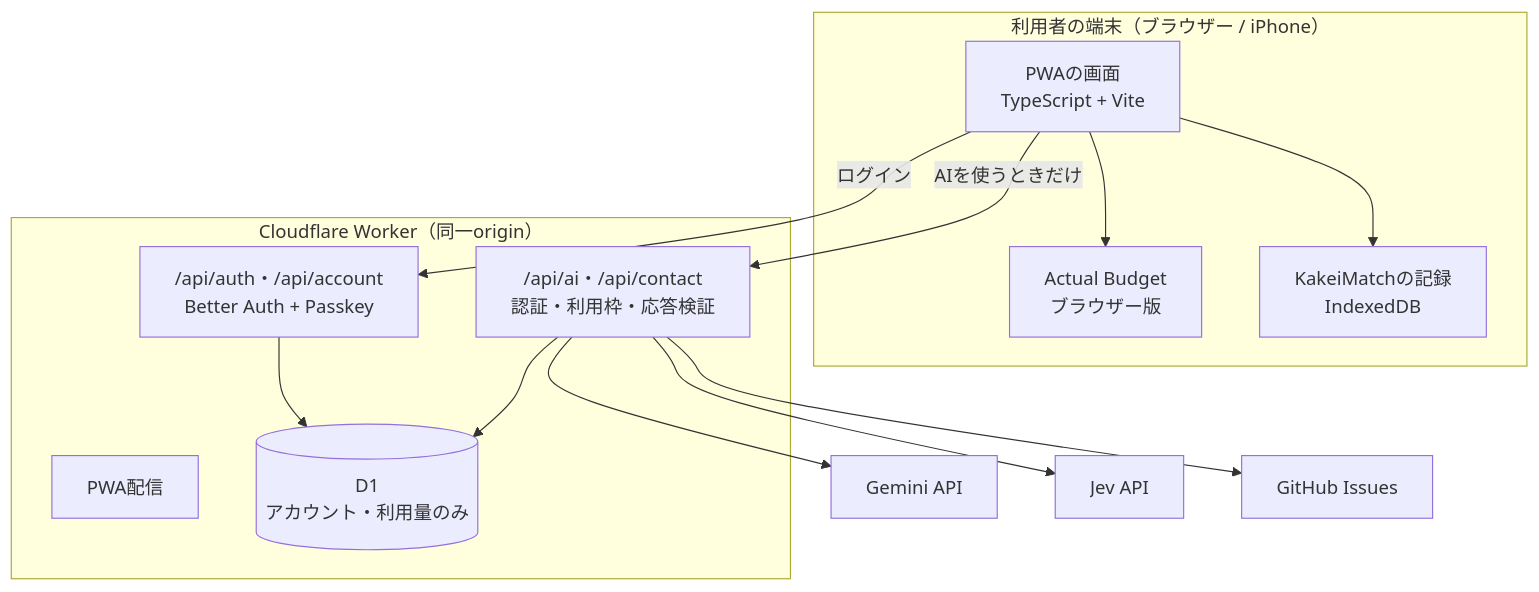
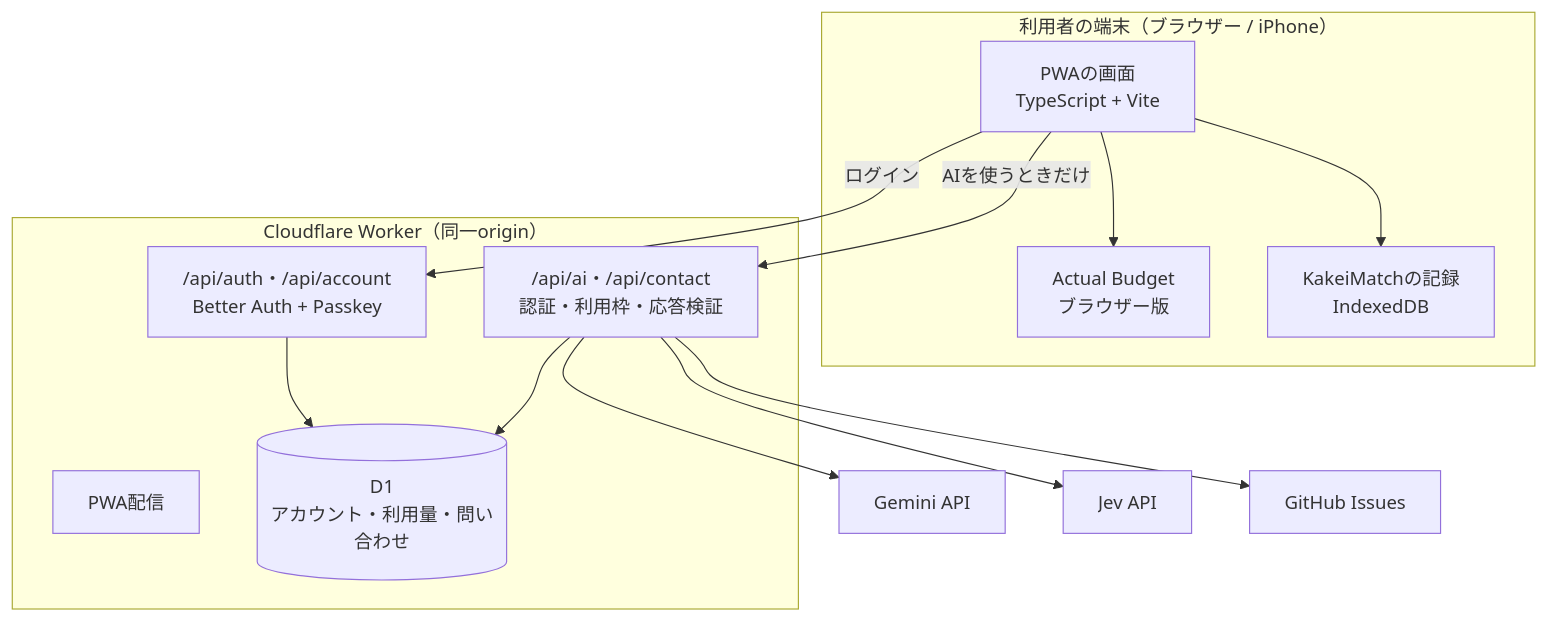
One commit to RyoyaYahagi/KakeiMatch changed the diagram in README.md. Above: the diagram before and after it, drawn with Mermaid. The commit also changed other lines of this file and 42 other files, not shown here.

````diff
--- a/README.md
+++ b/README.md
@@ -108,25 +108,25 @@
 ```mermaid
 flowchart TB
   subgraph Device["利用者の端末（ブラウザー / iPhone）"]
     UI["PWAの画面<br/>TypeScript + Vite"]
     Actual["Actual Budget<br/>ブラウザー版"]
     IDB["KakeiMatchの記録<br/>IndexedDB"]
     UI --> Actual
     UI --> IDB
   end
 
   subgraph CF["Cloudflare Worker（同一origin）"]
     Assets["PWA配信"]
     Auth["/api/auth・/api/account<br/>Better Auth + Passkey"]
     AI["/api/ai・/api/contact<br/>認証・利用枠・応答検証"]
-    D1[("D1<br/>アカウント・利用量のみ")]
+    D1[("D1<br/>アカウント・利用量・問い合わせ")]
     Auth --> D1
     AI --> D1
   end
 
   UI -- "AIを使うときだけ" --> AI
   UI -- "ログイン" --> Auth
   AI --> Gemini["Gemini API"]
   AI --> Jev["Jev API"]
   AI --> GH["GitHub Issues"]
 ```
````
